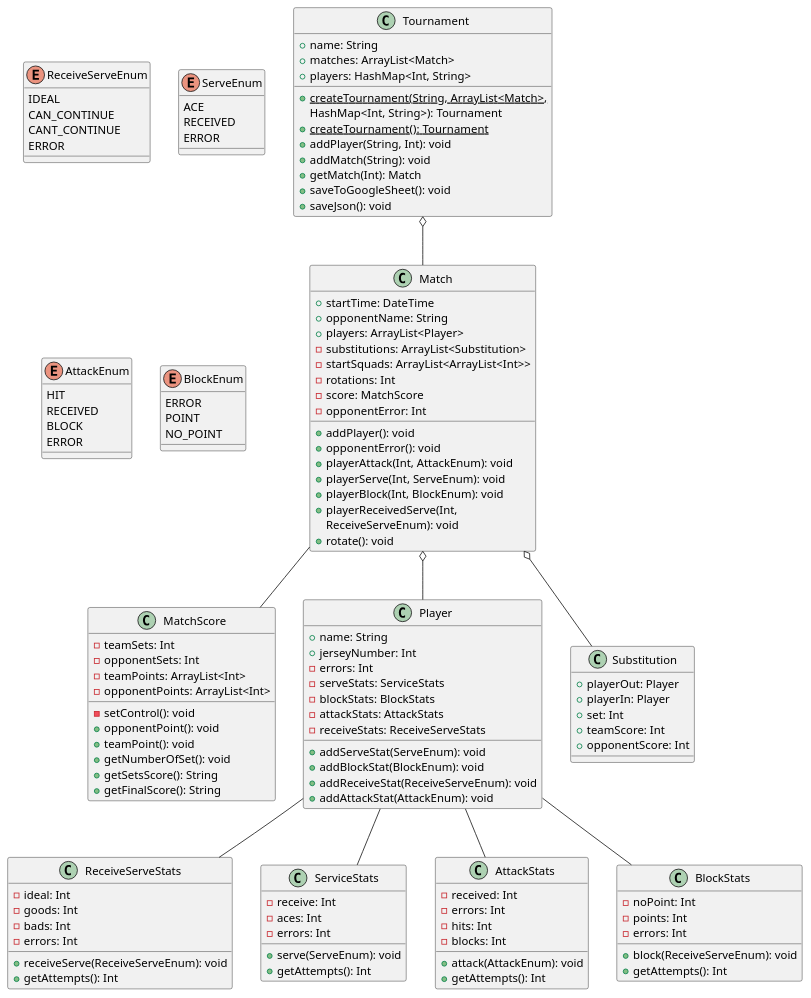
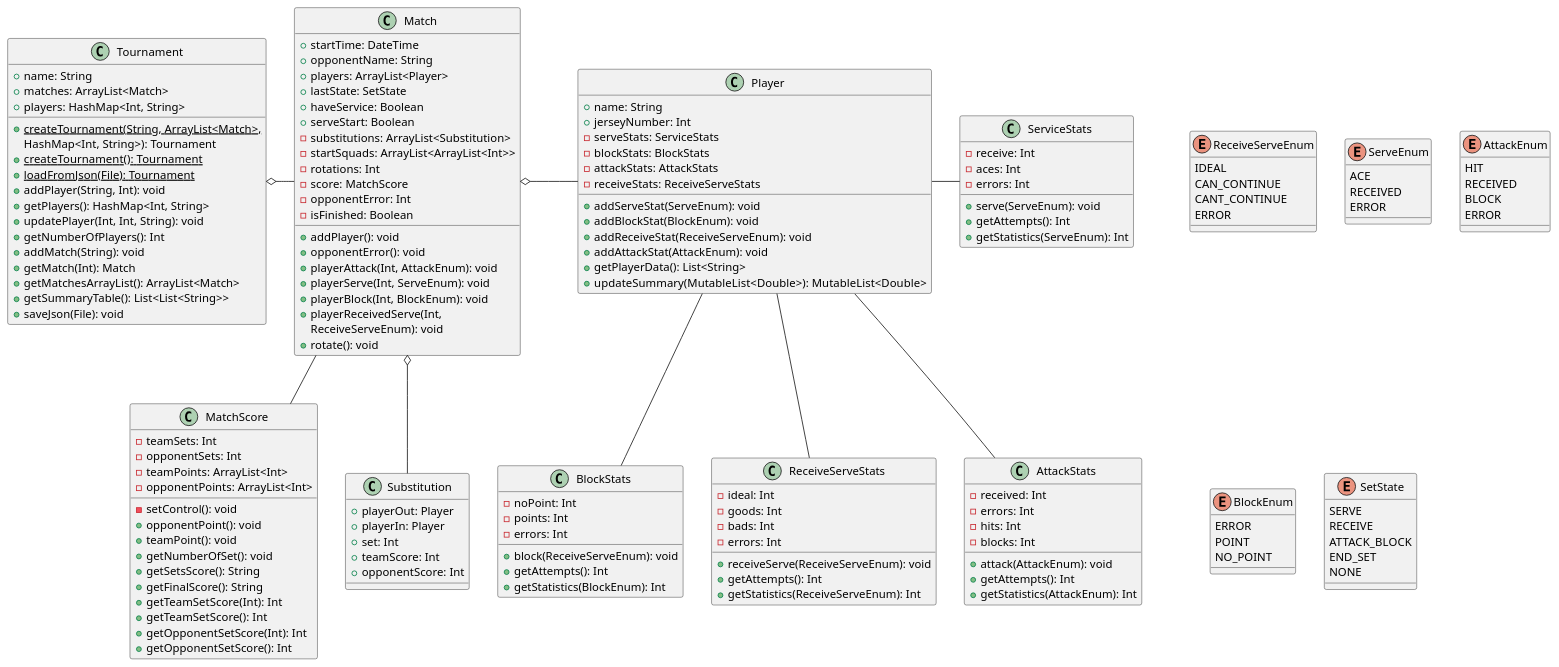
One commit to JanReisiegel/VolleyballHelper changed the diagram in app/src/main/java/com/reisiegel/volleyballhelper/models/class_diagram.puml. Above: the diagram before and after it, drawn with PlantUML. The commit also changed 4 other files, not shown here.

Commit message:
Repaire Bug with Not Continue, and change text to To opponent + change diagram

```diff
--- a/app/src/main/java/com/reisiegel/volleyballhelper/models/class_diagram.puml
+++ b/app/src/main/java/com/reisiegel/volleyballhelper/models/class_diagram.puml
@@ -1,139 +1,165 @@
 @startuml
 class Tournament{
     + name: String
     + matches: ArrayList<Match>
     + players: HashMap<Int, String>
     + {static} createTournament(String, ArrayList<Match>,
     HashMap<Int, String>): Tournament
     + {static} createTournament(): Tournament
+    + {static} loadFromJson(File): Tournament
     + addPlayer(String, Int): void
+    + getPlayers(): HashMap<Int, String>
+    + updatePlayer(Int, Int, String): void
+    + getNumberOfPlayers(): Int
     + addMatch(String): void
     + getMatch(Int): Match
-    + saveToGoogleSheet(): void
-    + saveJson(): void
+    + getMatchesArrayList(): ArrayList<Match>
+    + getSummaryTable(): List<List<String>>
+    + saveJson(File): void
 }
 
 class Match{
     + startTime: DateTime
     + opponentName: String
     + players: ArrayList<Player>
+    + lastState: SetState
+    + haveService: Boolean
+    + serveStart: Boolean
     - substitutions: ArrayList<Substitution>
     - startSquads: ArrayList<ArrayList<Int>>
     - rotations: Int
     - score: MatchScore
     - opponentError: Int
+    - isFinished: Boolean
     + addPlayer(): void
     + opponentError(): void
     + playerAttack(Int, AttackEnum): void
     + playerServe(Int, ServeEnum): void
     + playerBlock(Int, BlockEnum): void
     + playerReceivedServe(Int,
         ReceiveServeEnum): void
     + rotate(): void
 }
 
 class MatchScore{
     - teamSets: Int
     - opponentSets: Int
     - teamPoints: ArrayList<Int>
     - opponentPoints: ArrayList<Int>
     - setControl(): void
     + opponentPoint(): void
     + teamPoint(): void
     + getNumberOfSet(): void
     + getSetsScore(): String
     + getFinalScore(): String
+    + getTeamSetScore(Int): Int
+    + getTeamSetScore(): Int
+    + getOpponentSetScore(Int): Int
+    + getOpponentSetScore(): Int
 }
 
 class Player{
     + name: String
     + jerseyNumber: Int
-    - errors: Int
     - serveStats: ServiceStats
     - blockStats: BlockStats
     - attackStats: AttackStats
     - receiveStats: ReceiveServeStats
     + addServeStat(ServeEnum): void
     + addBlockStat(BlockEnum): void
     + addReceiveStat(ReceiveServeEnum): void
     + addAttackStat(AttackEnum): void
+    + getPlayerData(): List<String>
+    + updateSummary(MutableList<Double>):  MutableList<Double>
 }
 
 class ReceiveServeStats{
     - ideal: Int
     - goods: Int
     - bads: Int
     - errors: Int
     + receiveServe(ReceiveServeEnum): void
     + getAttempts(): Int
+    + getStatistics(ReceiveServeEnum): Int
 }
 class ServiceStats{
     - receive: Int
     - aces: Int
     - errors: Int
     + serve(ServeEnum): void
     + getAttempts(): Int
+    + getStatistics(ServeEnum): Int
 }
 class AttackStats{
     - received: Int
     - errors: Int
     - hits: Int
     - blocks: Int
     + attack(AttackEnum): void
     + getAttempts(): Int
+    + getStatistics(AttackEnum): Int
 }
 class BlockStats{
     - noPoint: Int
     - points: Int
     - errors: Int
     + block(ReceiveServeEnum): void
     + getAttempts(): Int
+    + getStatistics(BlockEnum): Int
 }
 
 class Substitution{
     + playerOut: Player
     + playerIn: Player
     + set: Int
     + teamScore: Int
     + opponentScore: Int
 }
+
+Player -- ReceiveServeStats
+Player -- AttackStats
+Player -- BlockStats
+Player -right- ServiceStats
+
+Tournament o-right- Match
+Match o-right- Player
+
+Match -- MatchScore
+Match o-- Substitution
 
 enum ReceiveServeEnum{
     IDEAL
     CAN_CONTINUE
     CANT_CONTINUE
     ERROR
 }
 
 enum ServeEnum{
     ACE
     RECEIVED
     ERROR
 }
 
 enum AttackEnum{
     HIT
     RECEIVED
     BLOCK
     ERROR
 }
 
 enum BlockEnum{
     ERROR
     POINT
     NO_POINT
 }
 
-Player -- ReceiveServeStats
-Player -- AttackStats
-Player -- BlockStats
-Player -- ServiceStats
-
-Tournament o-- Match
-Match o-- Player
-
-Match -- MatchScore
-Match o-- Substitution
+enum SetState{
+    SERVE
+    RECEIVE
+    ATTACK_BLOCK
+    END_SET
+    NONE
+}
 
 
 @enduml
```
